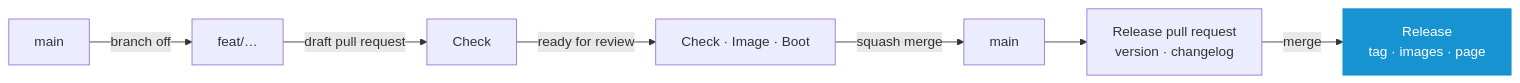
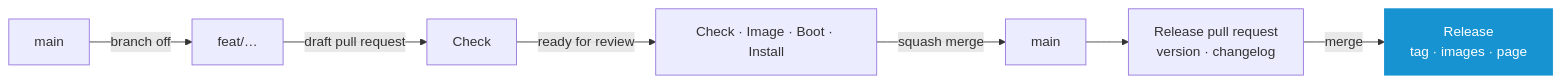
The diagram in docs/CONTRIBUTING.md (murkl/arch-os), drawn with Mermaid before and after one commit. The commit also changed other lines of this file and 4 other files, not shown here.

````diff
--- a/docs/CONTRIBUTING.md
+++ b/docs/CONTRIBUTING.md
@@ -7,11 +7,11 @@
 ```mermaid
 flowchart LR
     M["main"] -->|branch off| B["feat/…"]
     B -->|draft pull request| C["Check"]
-    C -->|ready for review| I["Check · Image · Boot"]
+    C -->|ready for review| I["Check · Image · Boot · Install"]
     I -->|squash merge| M2["main"]
     M2 --> P["Release pull request<br/>version · changelog"]
     P -->|merge| R["Release<br/>tag · images · page"]
 
     style R fill:#1793d1,stroke:#1793d1,color:#fff
 ```
````
